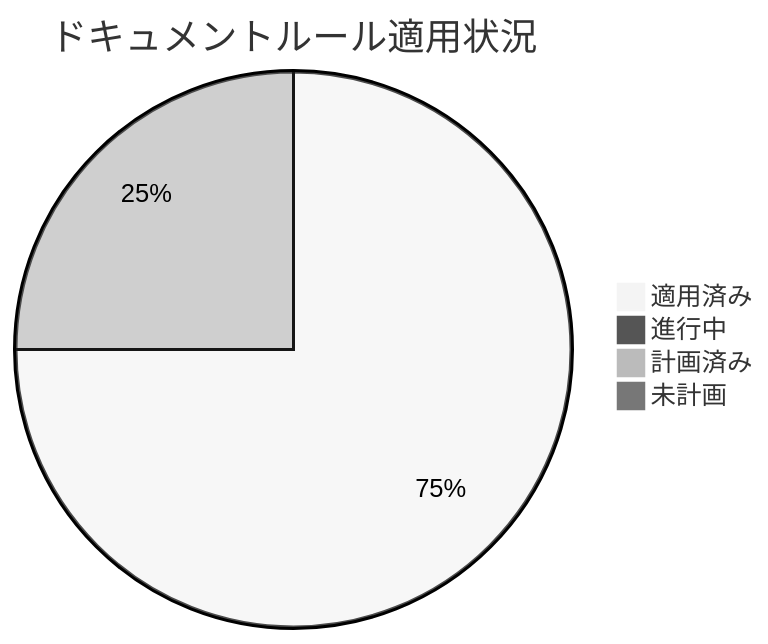
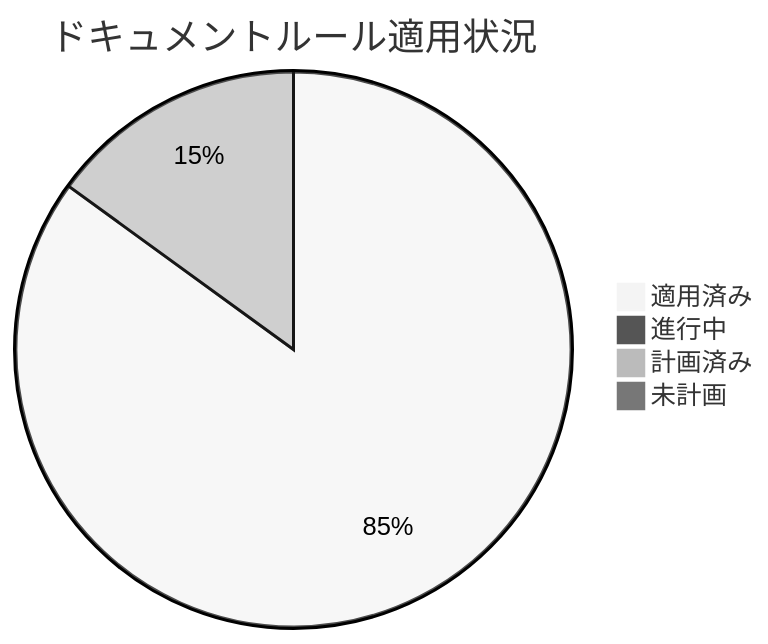
The first of 2 diagrams in docs/PROGRESS.md (ToyB0x/git-resume), drawn with Mermaid (neutral theme) before and after one commit. The commit also changed other lines of this file and 1 other file, not shown here.

````diff
--- a/docs/PROGRESS.md
+++ b/docs/PROGRESS.md
@@ -19,7 +19,7 @@
 ```mermaid
 pie title ドキュメントルール適用状況
-    "適用済み" : 75
+    "適用済み" : 85
     "進行中" : 0
-    "計画済み" : 25
+    "計画済み" : 15
     "未計画" : 0
 ```
````
